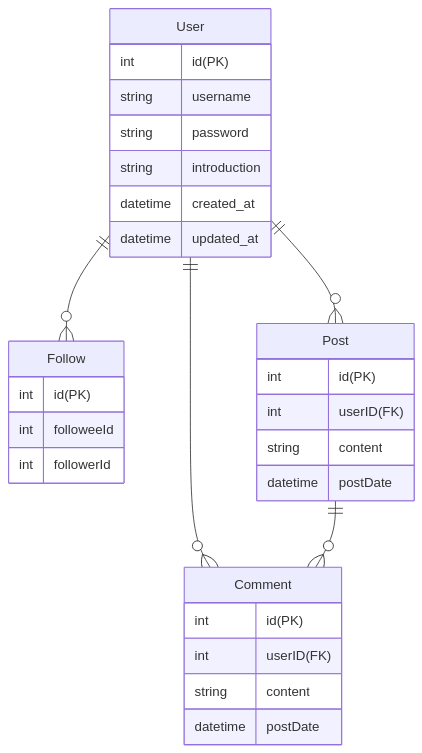
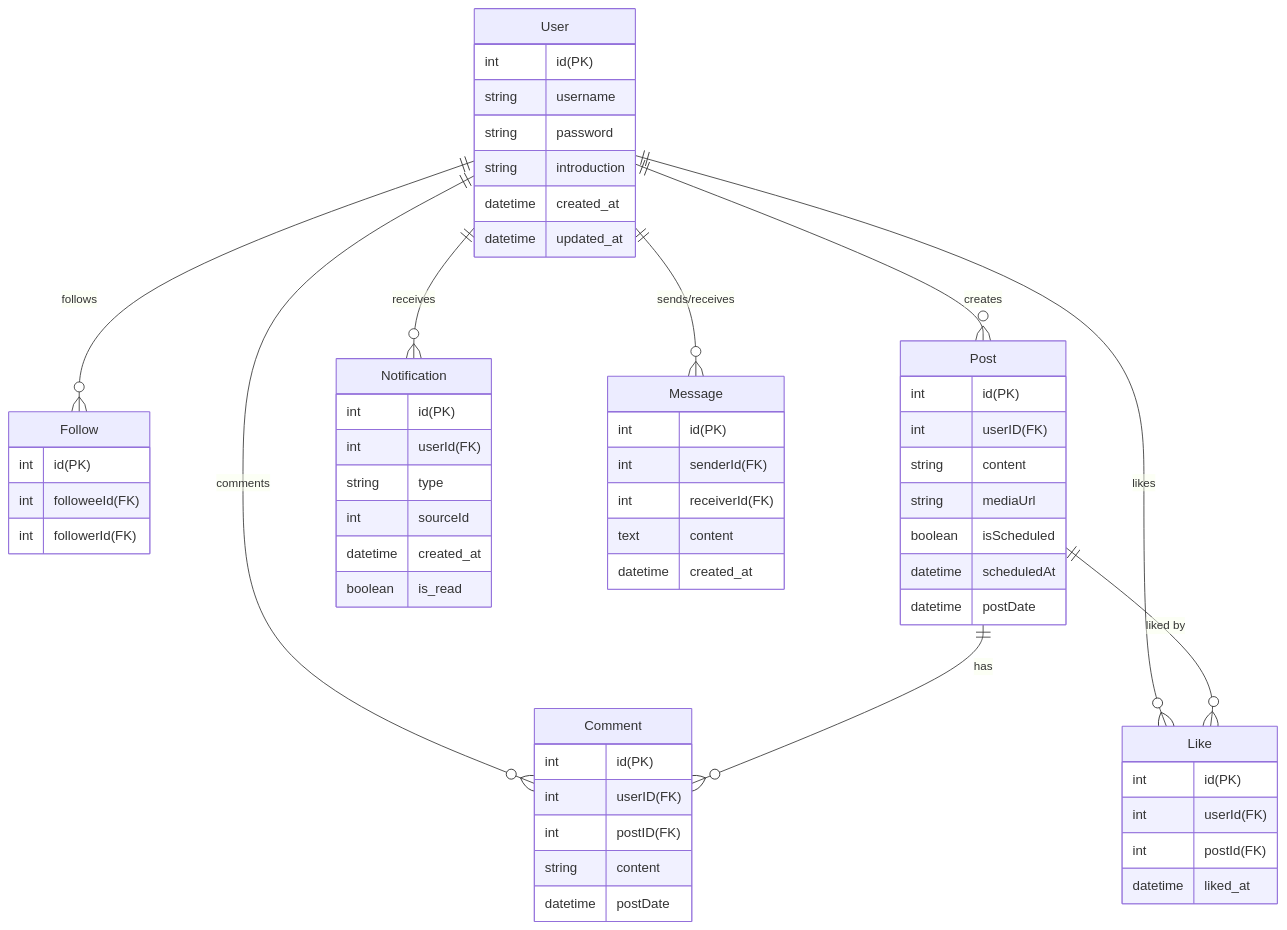
One commit to Eiji1010/Social-Networking-Service changed the diagram in Readme.md. Above: the diagram before and after it, drawn with Mermaid.

Commit message:
README.mdのER図セクションを更新 - User、Post、Comment、Like、Notification、Messageエンティティの関係を追加 - 各エンティティの属性を定義

````diff
--- a/Readme.md
+++ b/Readme.md
@@ -2,32 +2,61 @@
 ```mermaid
 erDiagram
   User {
     int id(PK)
     string username
     string password
     string introduction
     datetime created_at
     datetime updated_at
   }
   Follow {
     int id(PK)
-    int followeeId
-    int followerId
+    int followeeId(FK)
+    int followerId(FK)
   }
   Post {
     int id(PK)
     int userID(FK)
     string content
+    string mediaUrl
+    boolean isScheduled
+    datetime scheduledAt
     datetime postDate
   }
   Comment {
     int id(PK)
     int userID(FK)
+    int postID(FK)
     string content
     datetime postDate
   }
-  User ||--o{ Follow : ""
-  User ||--o{ Post: ""
-  User ||--o{ Comment : ""
-  Post ||--o{ Comment : ""
+  Like {
+    int id(PK)
+    int userId(FK)
+    int postId(FK)
+    datetime liked_at
+  }
+  Notification {
+    int id(PK)
+    int userId(FK)
+    string type
+    int sourceId
+    datetime created_at
+    boolean is_read
+  }
+  Message {
+    int id(PK)
+    int senderId(FK)
+    int receiverId(FK)
+    text content
+    datetime created_at
+  }
+  User ||--o{ Follow : "follows"
+  User ||--o{ Post : "creates"
+  User ||--o{ Comment : "comments"
+  User ||--o{ Like : "likes"
+  User ||--o{ Notification : "receives"
+  User ||--o{ Message : "sends/receives"
+  Post ||--o{ Comment : "has"
+  Post ||--o{ Like : "liked by"
 ```
````
